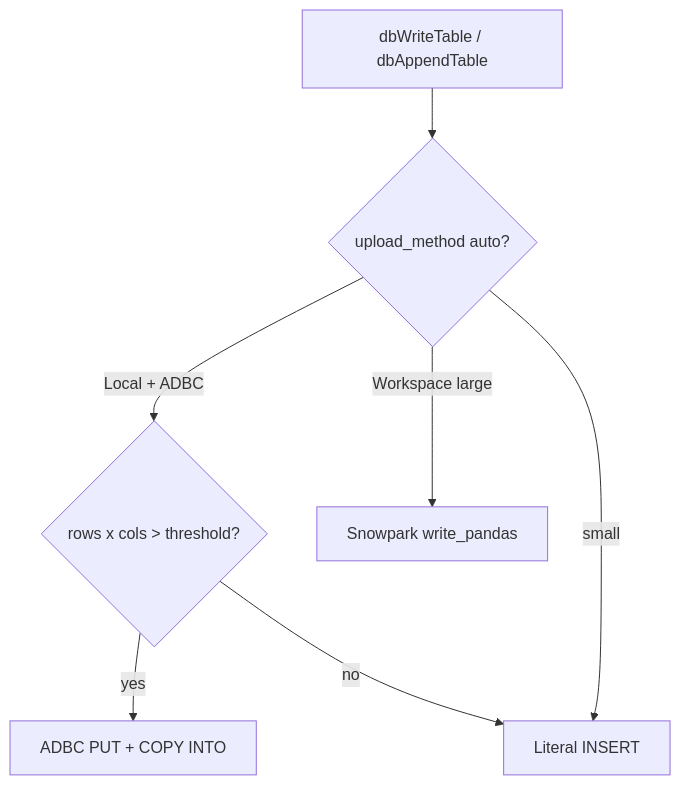
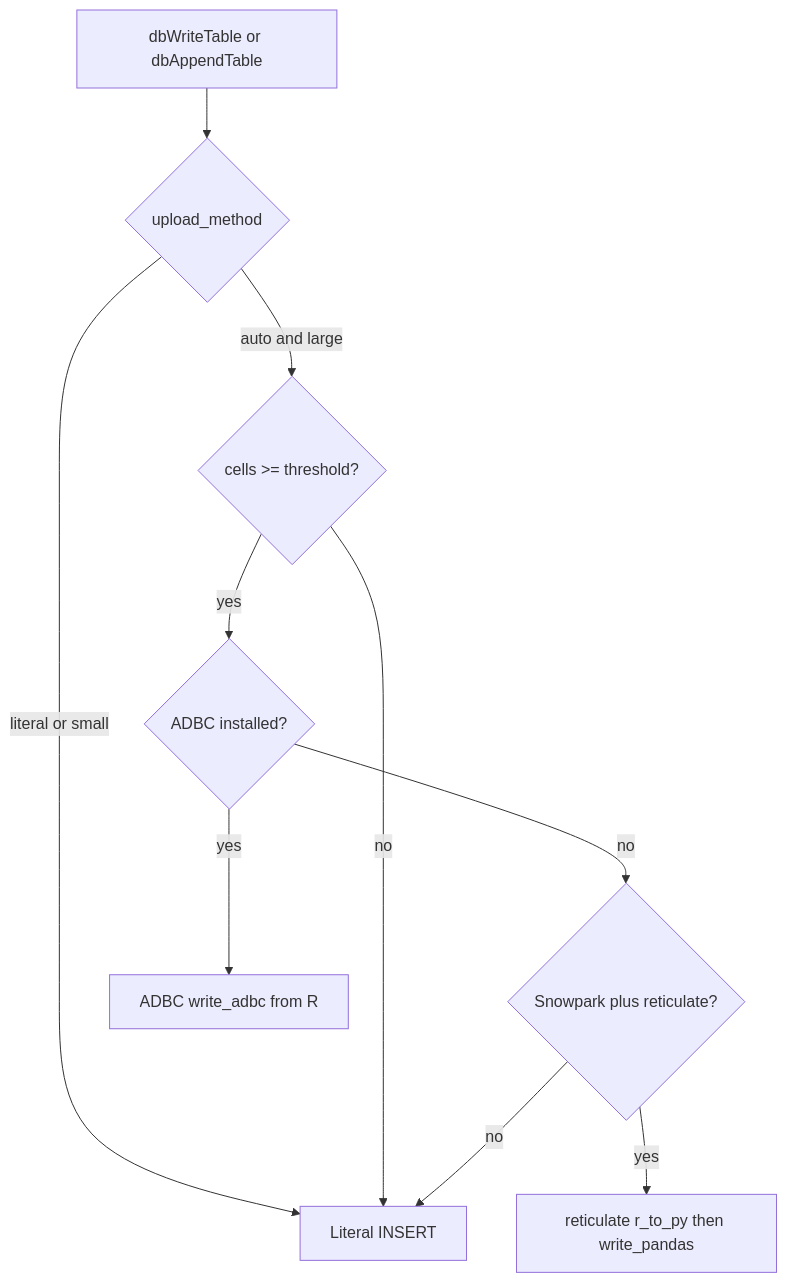
One commit to Snowflake-Labs/snowflakeR changed the second of 2 diagrams in guide/Hitchhikers_Guide_to_R_in_Snowflake/13_rsnowflake_query/index.qmd. Above: the diagram before and after it, drawn with Mermaid. The commit also changed other lines of this file and 61 other files, not shown here.

````diff
--- a/guide/Hitchhikers_Guide_to_R_in_Snowflake/13_rsnowflake_query/index.qmd
+++ b/guide/Hitchhikers_Guide_to_R_in_Snowflake/13_rsnowflake_query/index.qmd
@@ -118,15 +171,21 @@
 ```{mermaid}
 flowchart TD
-  WT[dbWriteTable / dbAppendTable]
-  AUTO{upload_method auto?}
-  SIZE{rows x cols > threshold?}
-  SP[Snowpark write_pandas]
-  ADBC[ADBC PUT + COPY INTO]
+  WT[dbWriteTable or dbAppendTable]
+  AUTO{upload_method}
+  BIG{cells >= threshold?}
+  ADBC{ADBC installed?}
+  SP{Snowpark plus reticulate?}
+  ADBC_W[ADBC write_adbc from R]
+  SP_W[reticulate r_to_py then write_pandas]
   LIT[Literal INSERT]
+
   WT --> AUTO
-  AUTO -->|Workspace large| SP
-  AUTO -->|Local + ADBC| SIZE
-  SIZE -->|yes| ADBC
-  SIZE -->|no| LIT
-  AUTO -->|small| LIT
+  AUTO -->|literal or small| LIT
+  AUTO -->|auto and large| BIG
+  BIG -->|no| LIT
+  BIG -->|yes| ADBC
+  ADBC -->|yes| ADBC_W
+  ADBC -->|no| SP
+  SP -->|yes| SP_W
+  SP -->|no| LIT
 ```
````
